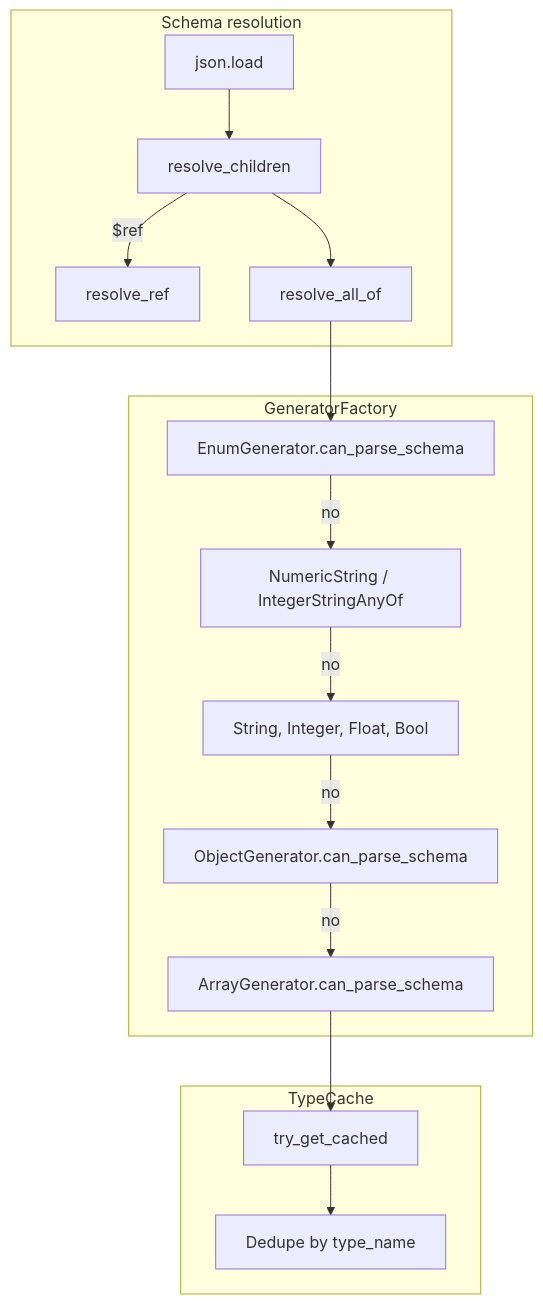
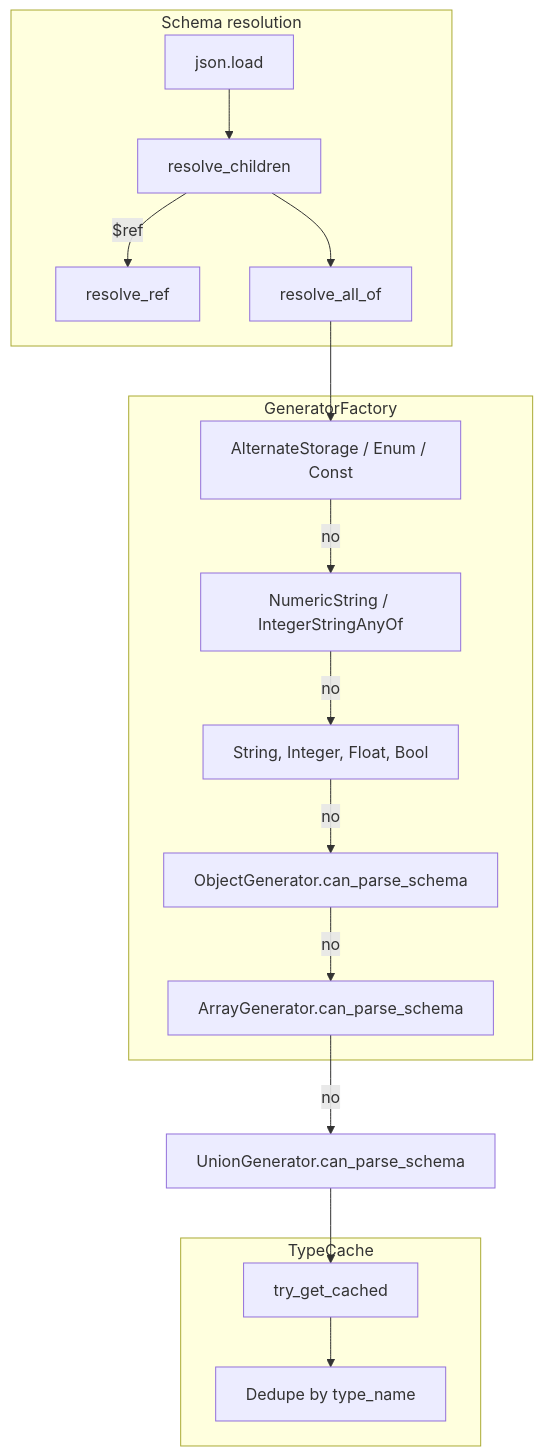
Before and after one commit to goddtriffin/json-schema-rs: the second of 3 diagrams in research/reports/c/badicsalex-json_schema_to_c.md, drawn with Mermaid. The commit also changed other lines of this file and 51 other files, not shown here.

````diff
--- a/research/reports/c/badicsalex-json_schema_to_c.md
+++ b/research/reports/c/badicsalex-json_schema_to_c.md
@@ -140,30 +144,31 @@
 ```mermaid
 flowchart TB
   subgraph schema [Schema resolution]
     LoadJSON[json.load]
     ResolveChildren[resolve_children]
     ResolveRefNode[resolve_ref]
     ResolveAllOfMerge[resolve_all_of]
   end
   subgraph factory [GeneratorFactory]
-    TryEnum[EnumGenerator.can_parse_schema]
+    TryAlt[AlternateStorage / Enum / Const]
     TryNumeric[NumericString / IntegerStringAnyOf]
     TryPrimitives[String, Integer, Float, Bool]
     TryObject[ObjectGenerator.can_parse_schema]
     TryArray[ArrayGenerator.can_parse_schema]
   end
   subgraph cache [TypeCache]
     TryGetCached[try_get_cached]
     Dedupe[Dedupe by type_name]
   end
   LoadJSON --> ResolveChildren
   ResolveChildren -->|"$ref"| ResolveRefNode
   ResolveChildren --> ResolveAllOfMerge
-  ResolveAllOfMerge --> TryEnum
-  TryEnum -->|no| TryNumeric
+  ResolveAllOfMerge --> TryAlt
+  TryAlt -->|no| TryNumeric
   TryNumeric -->|no| TryPrimitives
   TryPrimitives -->|no| TryObject
   TryObject -->|no| TryArray
-  TryArray --> TryGetCached
+  TryArray -->|no| TryUnion[UnionGenerator.can_parse_schema]
+  TryUnion --> TryGetCached
   TryGetCached --> Dedupe
 ```
````
